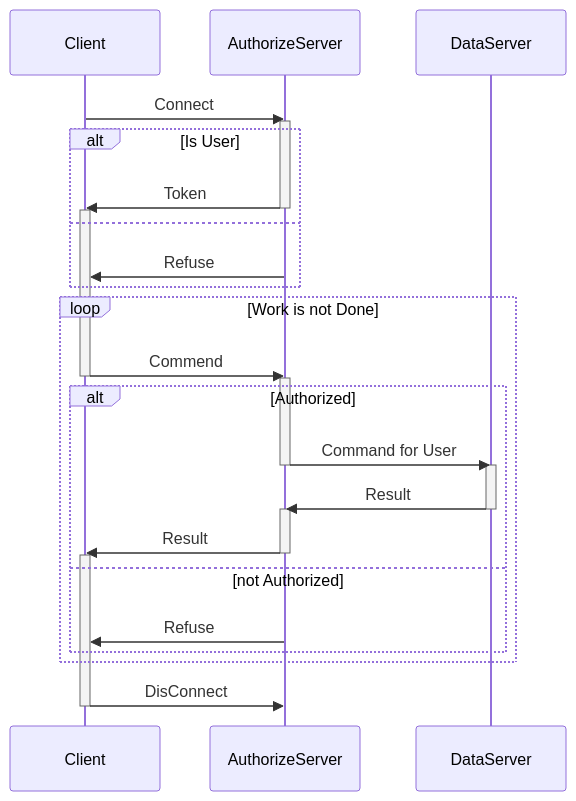
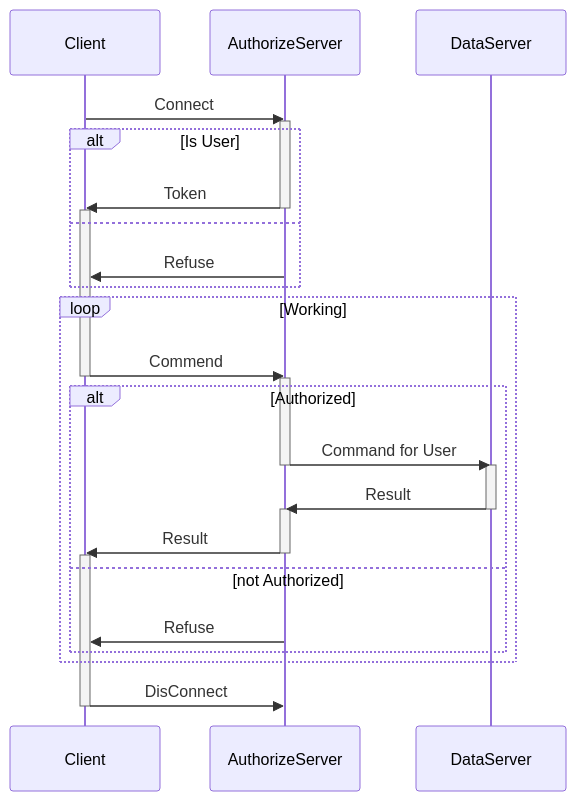
Before and after one commit to A0nameless0man/Pile: the diagram in CourseDesignOfCPP/CourseDesign/Architecture.md, drawn with Mermaid.

````diff
--- a/CourseDesignOfCPP/CourseDesign/Architecture.md
+++ b/CourseDesignOfCPP/CourseDesign/Architecture.md
@@ -1,36 +1,36 @@
 ```mermaid
 sequenceDiagram
     participant C as Client
     participant A as AuthorizeServer
     participant D as DataServer
 
 C->>A:Connect
 activate A
 alt Is User
     A->>C:Token
     deactivate A
     activate C
 else
     A->>C:Refuse
 end
-loop Work is not Done
+loop Working
     C->>A:Commend
     deactivate C
     activate A
     alt Authorized
         A->>D:Command for User
         deactivate A
         activate D
         D->>-A:Result
         activate A
         A->>C:Result
         deactivate A
         activate C
     else not Authorized
         A->>C:Refuse
     end
 end
 C->>A:DisConnect
 deactivate C
 
 ```
````
